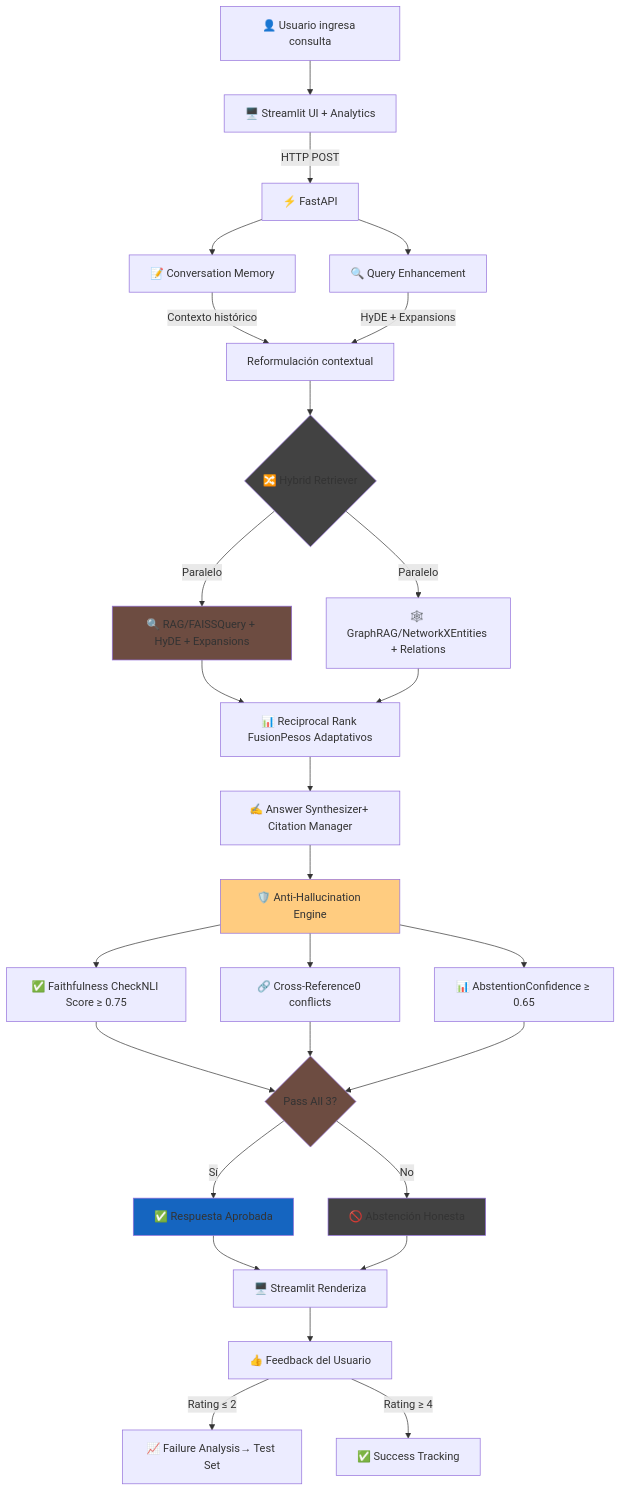
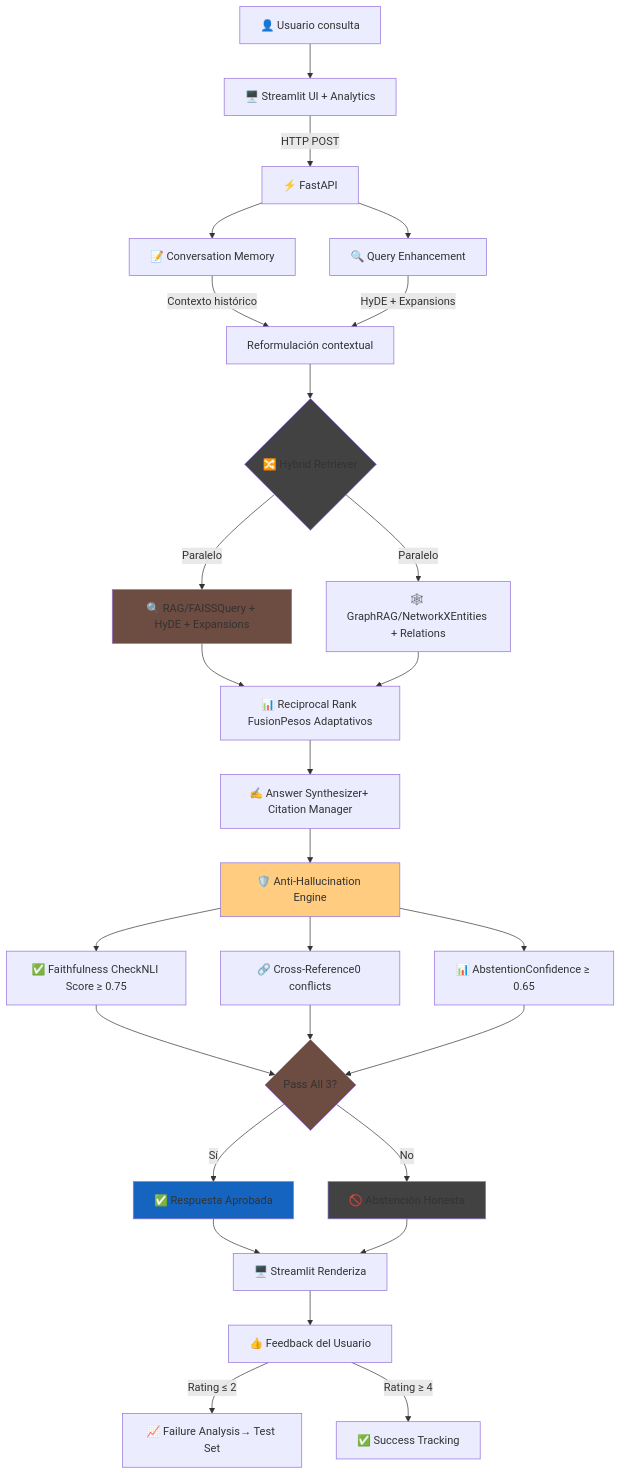
One commit to j5675293/Chatbot-Administrativo-LSE--FIUBA changed the first of 2 diagrams in README.md. Above: the diagram before and after it, drawn with Mermaid. The commit also changed other lines of this file, not shown here.

````diff
--- a/README.md
+++ b/README.md
@@ -66,49 +66,49 @@
 ```mermaid
 graph TD
-    A[👤 Usuario ingresa consulta] --> B[🖥️ Streamlit UI + Analytics]
+    A[👤 Usuario consulta] --> B[🖥️ Streamlit UI + Analytics]
     B -->|HTTP POST| C[⚡ FastAPI]
     
     C --> D1[📝 Conversation Memory]
     C --> D2[🔍 Query Enhancement]
     
     D1 -->|Contexto histórico| E[Reformulación contextual]
     D2 -->|HyDE + Expansions| E
     
     E --> F{🔀 Hybrid Retriever}
     
     F -->|Paralelo| G1[🔍 RAG/FAISSQuery + HyDE + Expansions]
     F -->|Paralelo| G2[🕸️ GraphRAG/NetworkXEntities + Relations]
     
     G1 --> H[📊 Reciprocal Rank FusionPesos Adaptativos]
     G2 --> H
     
     H --> I[✍️ Answer Synthesizer+ Citation Manager]
     
     I --> J[🛡️ Anti-Hallucination Engine]
     
     J --> K1[✅ Faithfulness CheckNLI Score ≥ 0.75]
     J --> K2[🔗 Cross-Reference0 conflicts]
     J --> K3[📊 AbstentionConfidence ≥ 0.65]
     
     K1 --> L{Pass All 3?}
     K2 --> L
     K3 --> L
     
     L -->|Sí| M[✅ Respuesta Aprobada]
     L -->|No| N[🚫 Abstención Honesta]
     
     M --> O[🖥️ Streamlit Renderiza]
     N --> O
     
     O --> P[👍 Feedback del Usuario]
     P -->|Rating ≤ 2| Q[📈 Failure Analysis→ Test Set]
     P -->|Rating ≥ 4| R[✅ Success Tracking]
     
     style F fill:#424242
     style G1 fill:#6D4C41
     style G2 fill:#FFEOB2
     style J fill:#FFCC80
     style L fill:#6D4C41
     style M fill:#1565C0
     style N fill:#424242
 ```
````
